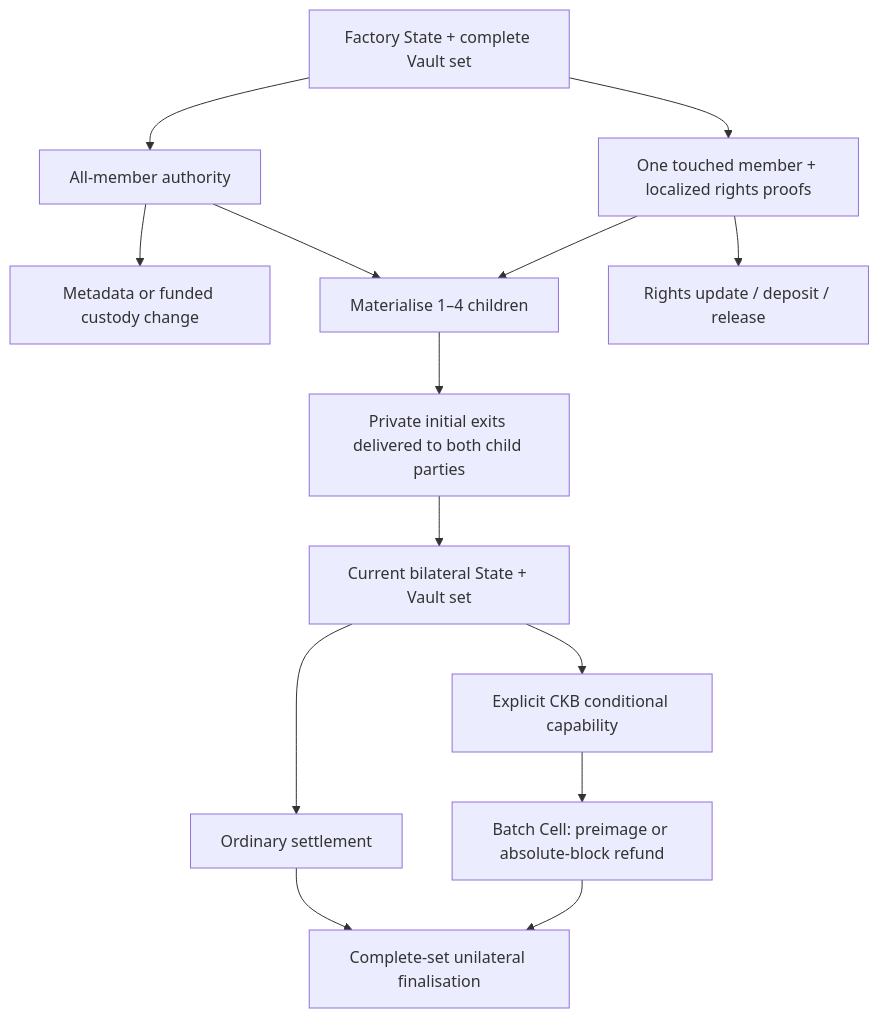
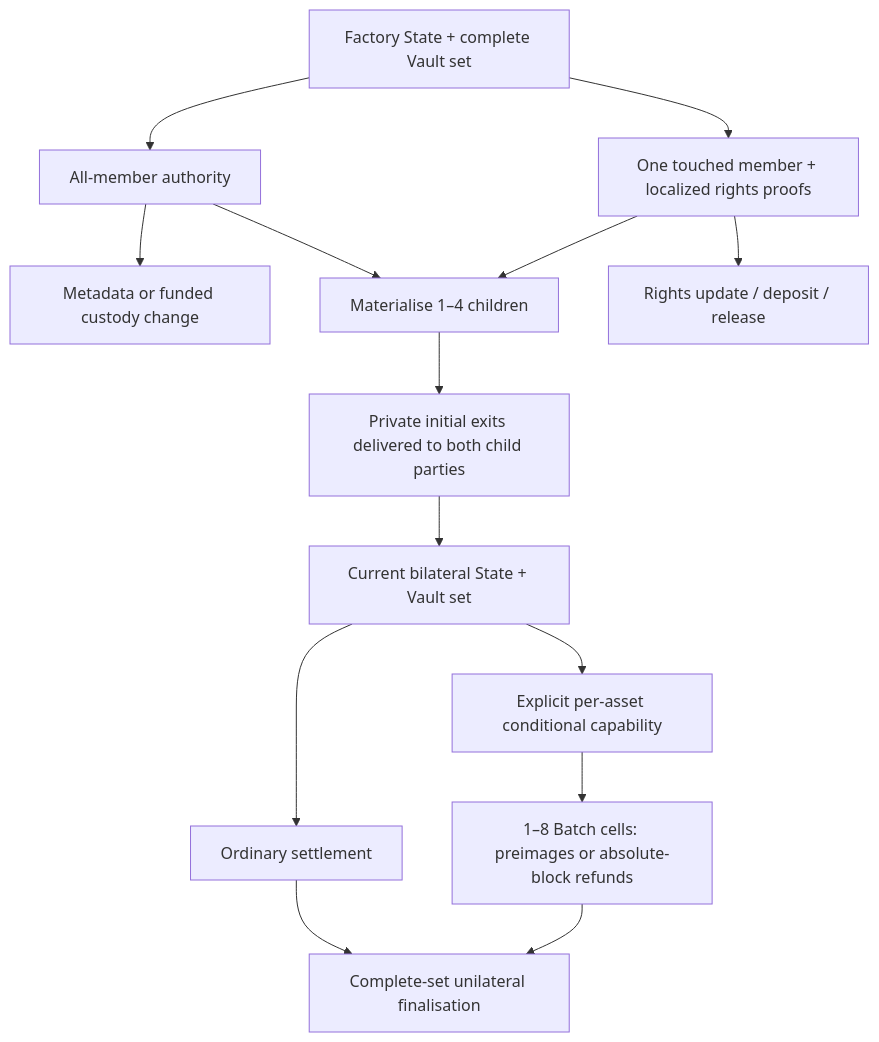
The diagram in docs/current-protocol-coverage.md (Morph-Channel-Network/Morph), drawn with Mermaid before and after one commit. The commit also changed other lines of this file and 84 other files, not shown here.

First line of the commit message:
Implement asset-bound UDT conditional settlement

````diff
--- a/docs/current-protocol-coverage.md
+++ b/docs/current-protocol-coverage.md
@@ -16,16 +32,16 @@
 ```mermaid
 flowchart TD
   F["Factory State + complete Vault set"] --> N["All-member authority"]
   F --> R["One touched member + localized rights proofs"]
   N --> M["Metadata or funded custody change"]
   N --> C["Materialise 1–4 children"]
   R --> U["Rights update / deposit / release"]
   R --> C
   C --> D["Private initial exits delivered to both child parties"]
   D --> B["Current bilateral State + Vault set"]
   B --> O["Ordinary settlement"]
-  B --> K["Explicit CKB conditional capability"]
+  B --> K["Explicit per-asset conditional capability"]
   O --> E["Complete-set unilateral finalisation"]
-  K --> X["Batch Cell: preimage or absolute-block refund"]
+  K --> X["1–8 Batch cells: preimages or absolute-block refunds"]
   X --> E
 ```
````
